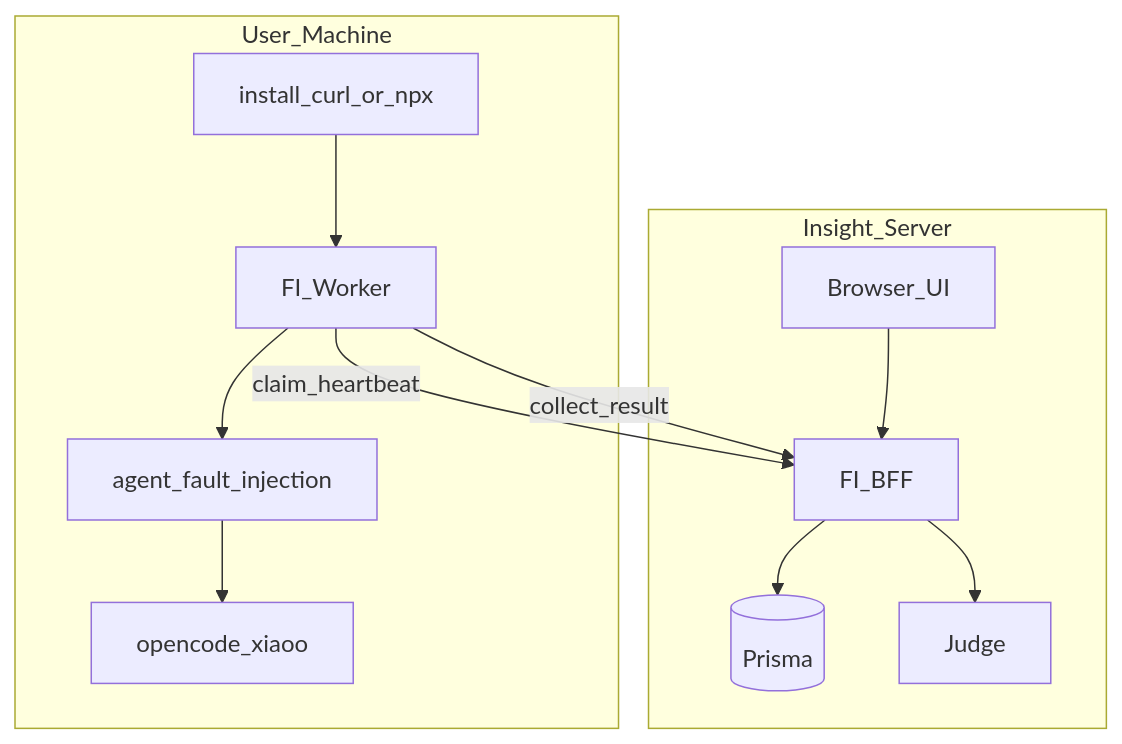
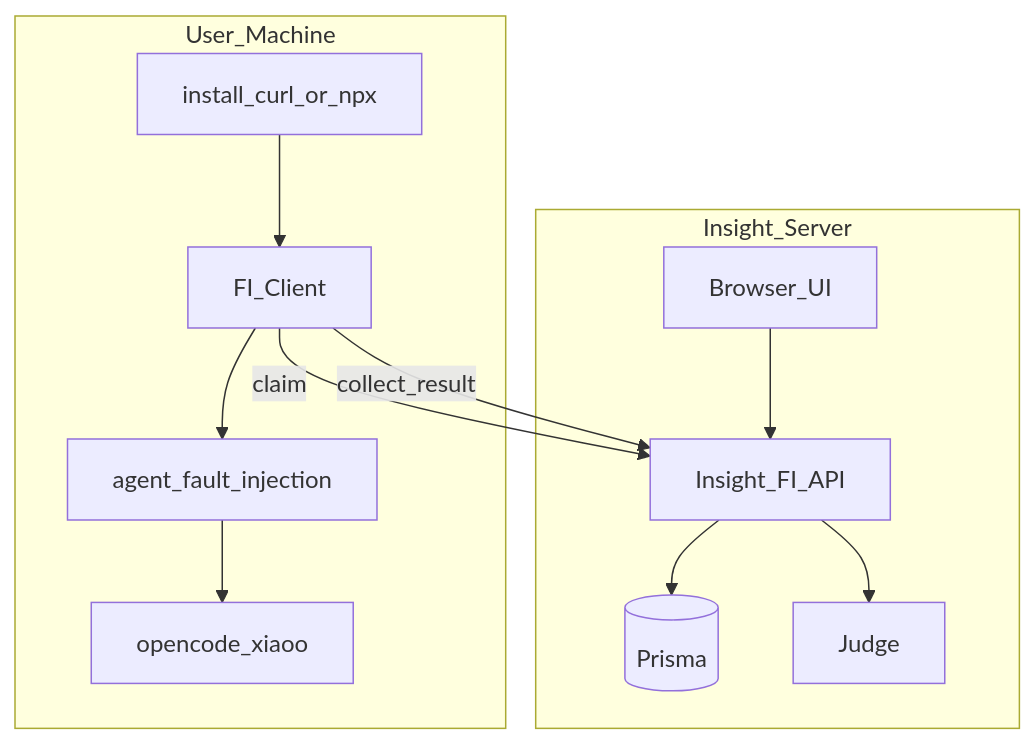
The diagram in docs/agent-fault-injection/designs/server-client-split.md (openeuler-mirror/agent-insight), drawn with Mermaid before and after one commit. The commit also changed other lines of this file and 56 other files, not shown here.

````diff
--- a/docs/agent-fault-injection/designs/server-client-split.md
+++ b/docs/agent-fault-injection/designs/server-client-split.md
@@ -16,21 +16,21 @@
 ```mermaid
 flowchart TB
   subgraph remote [Insight_Server]
     UI[Browser_UI]
-    API[FI_BFF]
+    API[Insight_FI_API]
     DB[(Prisma)]
     Judge[Judge]
   end
   subgraph userHost [User_Machine]
     Install[install_curl_or_npx]
-    Worker[FI_Worker]
+    Worker[FI_Client]
     CLI[agent_fault_injection]
     Agents[opencode_xiaoo]
   end
   Install --> Worker
   UI --> API --> DB
-  Worker -->|claim_heartbeat| API
+  Worker -->|claim| API
   Worker --> CLI --> Agents
   Worker -->|collect_result| API
   API --> Judge
 ```
````
